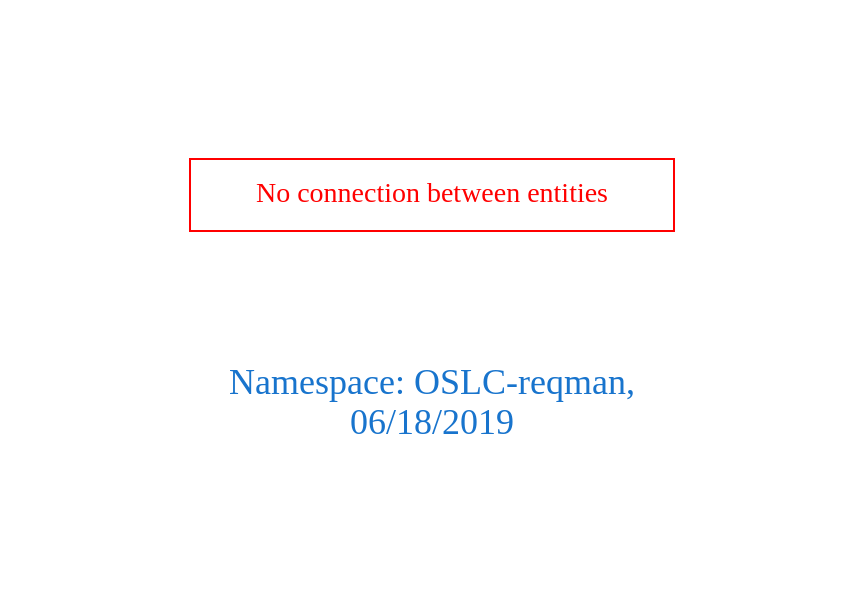
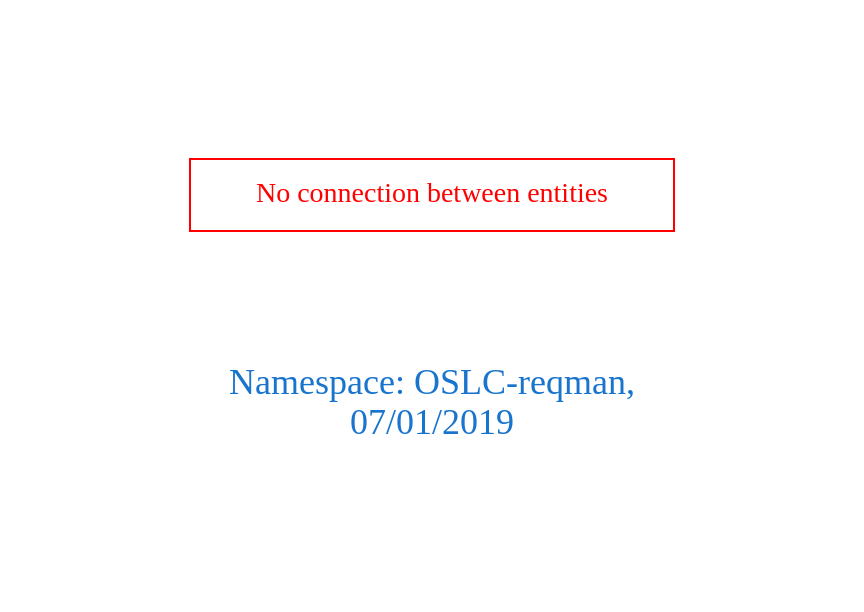
Before and after one commit to arago/OGIT: the diagram in downloads/OSLC-reqman.dot, drawn with Graphviz. The commit also changed 1410 other files, not shown here.

```diff
--- a/downloads/OSLC-reqman.dot
+++ b/downloads/OSLC-reqman.dot
@@ -1,9 +1,9 @@
 digraph OGIT_ontology {
  graph [ rankdir= LR,pad=1 
 fontsize = 18,
-fontcolor= dodgerblue3,label = "\n\n\nNamespace: OSLC-reqman, \n 06/18/2019"];
+fontcolor= dodgerblue3,label = "\n\n\nNamespace: OSLC-reqman, \n 07/01/2019"];
 node[shape=polygon];
 edge [  color="gray81"];
 
 "No connection between entities" [fontcolor = "red",color="red", shape="polygon"]
 }
```
